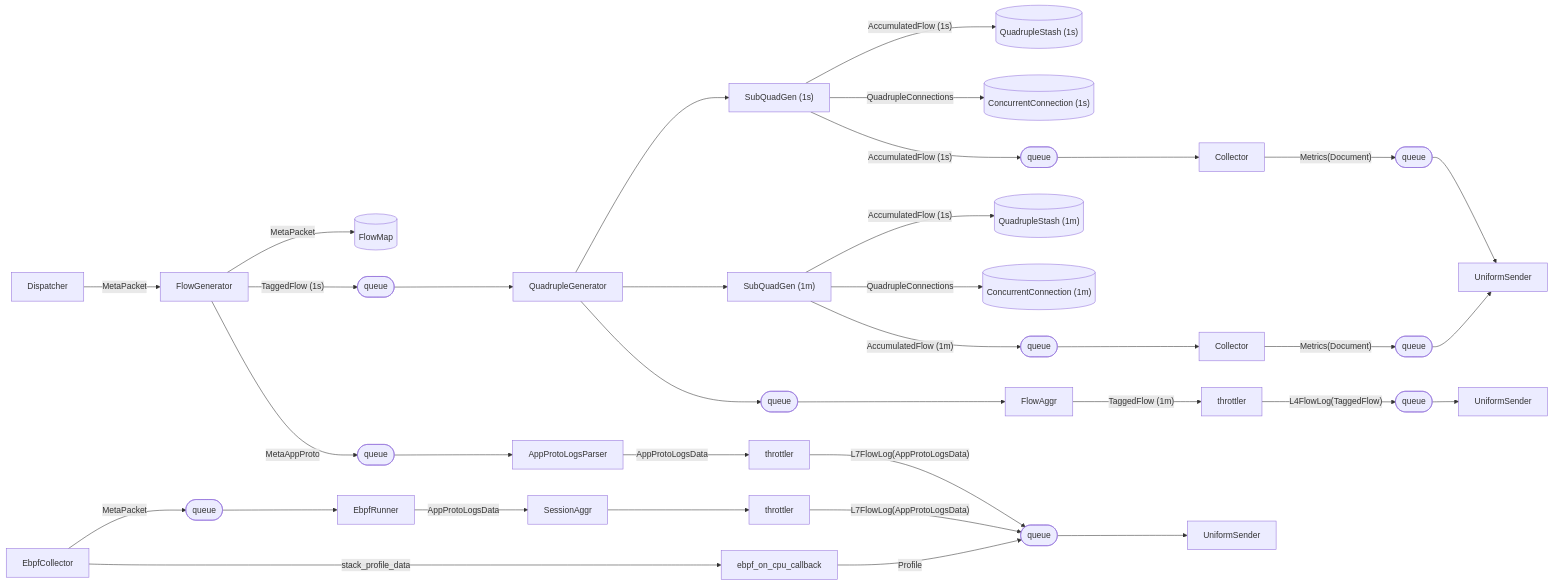
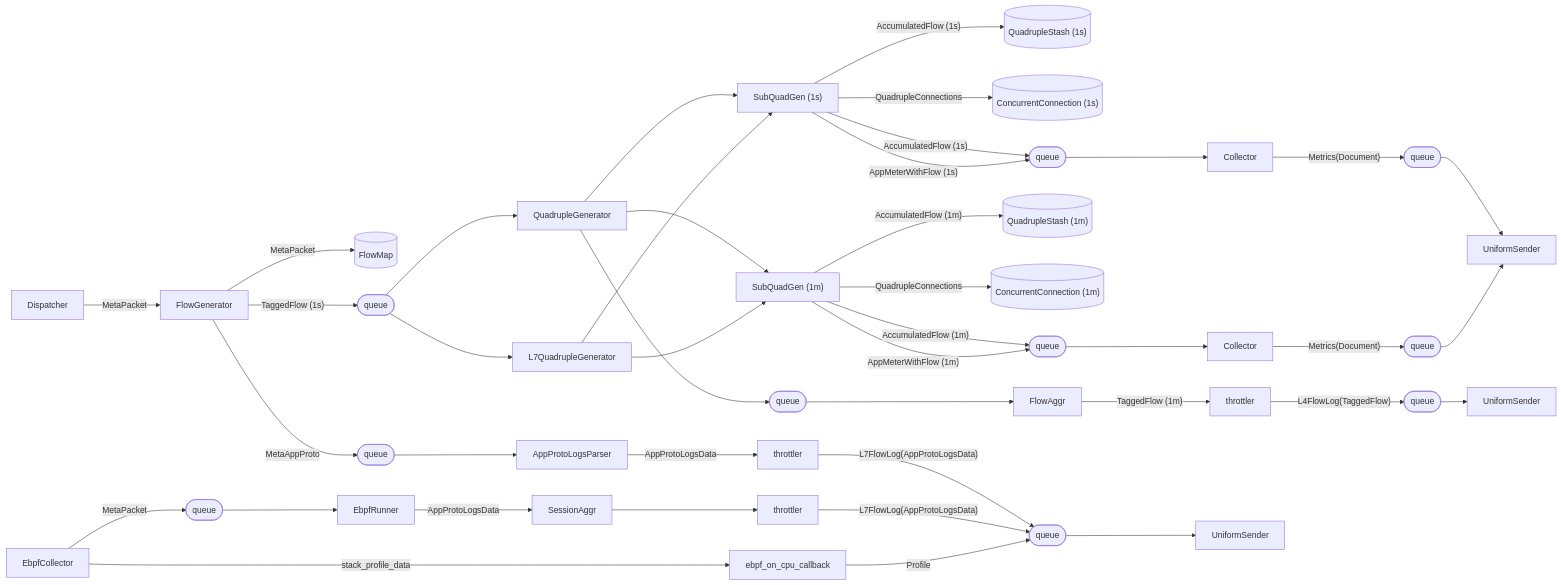
Before and after one commit to deepflowio/deepflow: the second of 6 diagrams in docs/design/data-flow.md, drawn with Mermaid. The commit also changed 25 other files, not shown here.

Commit message:
[Agent] app_meter adds an endpoint statistics dimension

````diff
--- a/docs/design/data-flow.md
+++ b/docs/design/data-flow.md
@@ -92,22 +92,27 @@
 ```mermaid
 flowchart LR
 
 Dispatcher -->|MetaPacket| FlowGenerator
 FlowGenerator -->|MetaPacket| FlowMap[(FlowMap)]
 FlowGenerator -->|"TaggedFlow (1s)"| queue.1([queue])
 queue.1 --> QuadrupleGenerator
 QuadrupleGenerator --> SubQuadGen.1["SubQuadGen (1s)"]
 SubQuadGen.1 -->|"AccumulatedFlow (1s)"| QuadrupleStash.1[("QuadrupleStash (1s)")]
 SubQuadGen.1 -->|QuadrupleConnections| ConcurrentConnection.1[("ConcurrentConnection (1s)")]
 SubQuadGen.1 -->|"AccumulatedFlow (1s)"| queue.2([queue]) --> Collector.1[Collector] -->|"Metrics(Document)"| queue.3([queue]) --> UniformSender.1[UniformSender]
 QuadrupleGenerator --> SubQuadGen.2["SubQuadGen (1m)"]
-SubQuadGen.2 -->|"AccumulatedFlow (1s)"| QuadrupleStash.2[("QuadrupleStash (1m)")]
+SubQuadGen.2 -->|"AccumulatedFlow (1m)"| QuadrupleStash.2[("QuadrupleStash (1m)")]
 SubQuadGen.2 -->|QuadrupleConnections| ConcurrentConnection.2[("ConcurrentConnection (1m)")]
 SubQuadGen.2 -->|"AccumulatedFlow (1m)"| queue.4([queue]) --> Collector.2[Collector] -->|"Metrics(Document)"| queue.5([queue]) --> UniformSender.1
 QuadrupleGenerator --> queue.6([queue]) --> FlowAggr -->|"TaggedFlow (1m)"| throttler -->|"L4FlowLog(TaggedFlow)"| queue.7([queue]) --> UniformSender.2[UniformSender]
+queue.1 --> L7QuadrupleGenerator
+L7QuadrupleGenerator --> SubQuadGen.1["SubQuadGen (1s)"]
+SubQuadGen.1 -->|"AppMeterWithFlow (1s)"| queue.2([queue])
+L7QuadrupleGenerator --> SubQuadGen.2["SubQuadGen (1m)"]
+SubQuadGen.2 -->|"AppMeterWithFlow (1m)"| queue.4([queue])
 
 FlowGenerator -->|MetaAppProto| queue.8([queue]) --> AppProtoLogsParser -->|AppProtoLogsData| throttler.1[throttler] -->|"L7FlowLog(AppProtoLogsData)"| queue.9([queue]) --> UniformSender.3[UniformSender]
 
 EbpfCollector -->|MetaPacket| queue.10([queue]) --> EbpfRunner -->|AppProtoLogsData| SessionAggr --> throttler.2[throttler] -->|"L7FlowLog(AppProtoLogsData)"| queue.9
 EbpfCollector -->|stack_profile_data| ebpf_on_cpu_callback -->|"Profile"| queue.9
 ```
````
